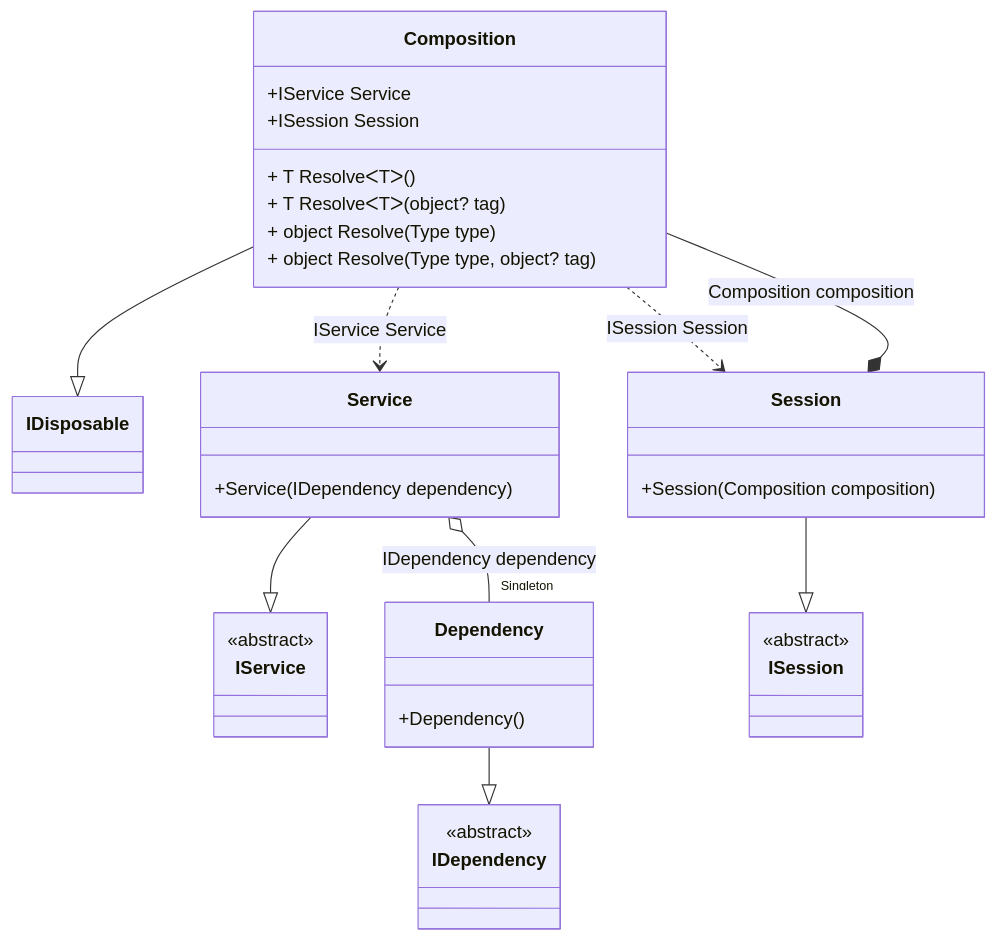
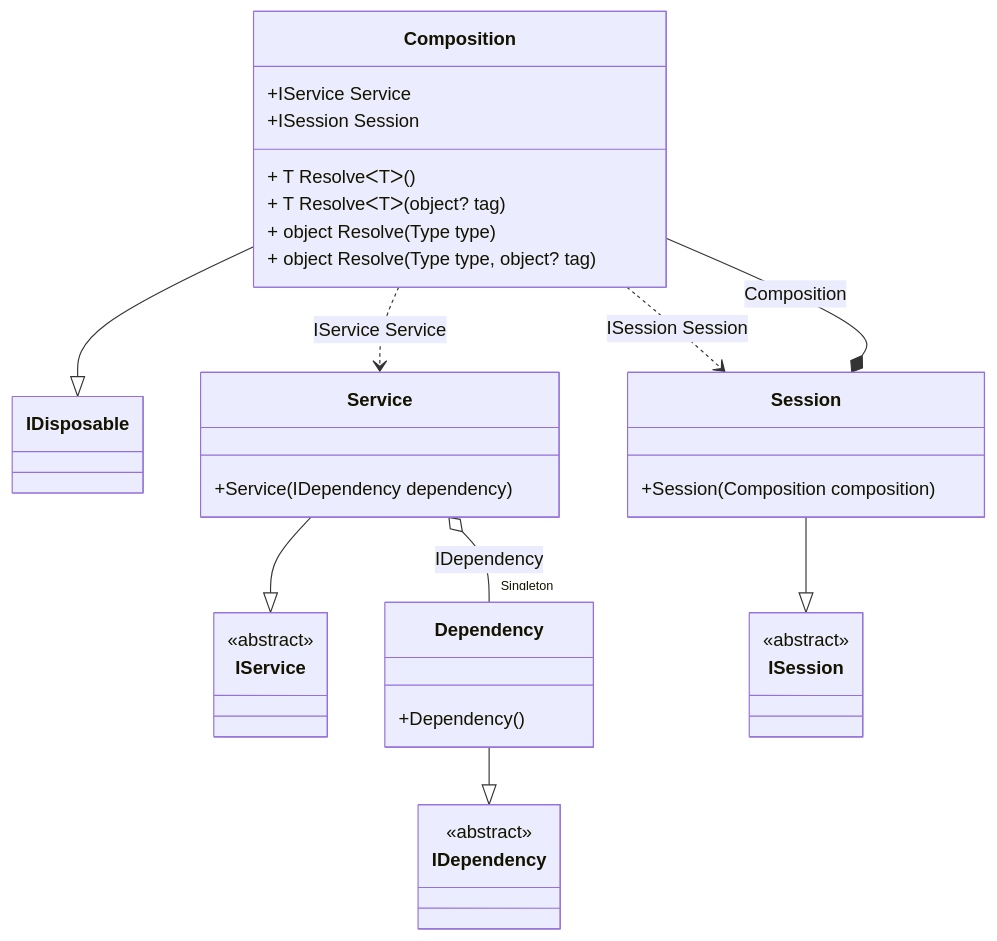
Before and after one commit to DevTeam/Pure.DI: the diagram in readme/scope.md, drawn with Mermaid. The commit also changed other lines of this file and 84 other files, not shown here.

````diff
--- a/readme/scope.md
+++ b/readme/scope.md
@@ -84,38 +84,38 @@
 ```mermaid
 classDiagram
   class Composition {
     +IService Service
     +ISession Session
     + T ResolveᐸTᐳ()
     + T ResolveᐸTᐳ(object? tag)
     + object Resolve(Type type)
     + object Resolve(Type type, object? tag)
   }
   Composition --|> IDisposable
   class Composition
   Service --|> IService : 
   class Service {
     +Service(IDependency dependency)
   }
   Session --|> ISession : 
   class Session {
     +Session(Composition composition)
   }
   Dependency --|> IDependency : 
   class Dependency {
     +Dependency()
   }
   class IService {
     <<abstract>>
   }
   class ISession {
     <<abstract>>
   }
   class IDependency {
     <<abstract>>
   }
-  Service o--  "Singleton" Dependency : IDependency dependency
-  Session *--  Composition : Composition composition
+  Service o--  "Singleton" Dependency : IDependency
+  Session *--  Composition : Composition
   Composition ..> Service : IService Service
   Composition ..> Session : ISession Session
 ```
````
